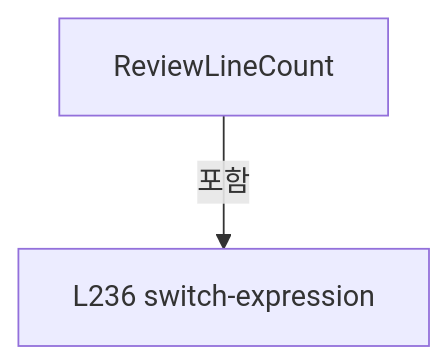
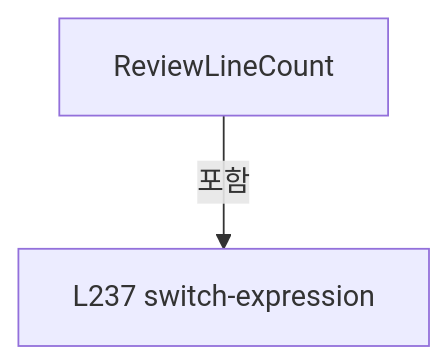
Before and after one commit to kjuws10-rgb/Shared: diagram 11 of 11 in A3 LD Code Ref/files/Drilling.Common/Managers/CSettingManager.cs.md, drawn with Mermaid. The commit also changed other lines of this file and 1984 other files, not shown here.

Commit message:
docs(a3): update 11.17.0 architecture and complete code reference

````diff
--- a/A3 LD Code Ref/files/Drilling.Common/Managers/CSettingManager.cs.md
+++ b/A3 LD Code Ref/files/Drilling.Common/Managers/CSettingManager.cs.md
@@ -1937,6 +1941,6 @@
 ```mermaid
 flowchart TD
  M["ReviewLineCount"]
- N0["L236 switch-expression"]
+ N0["L237 switch-expression"]
  M -->|포함| N0
 ```
````
